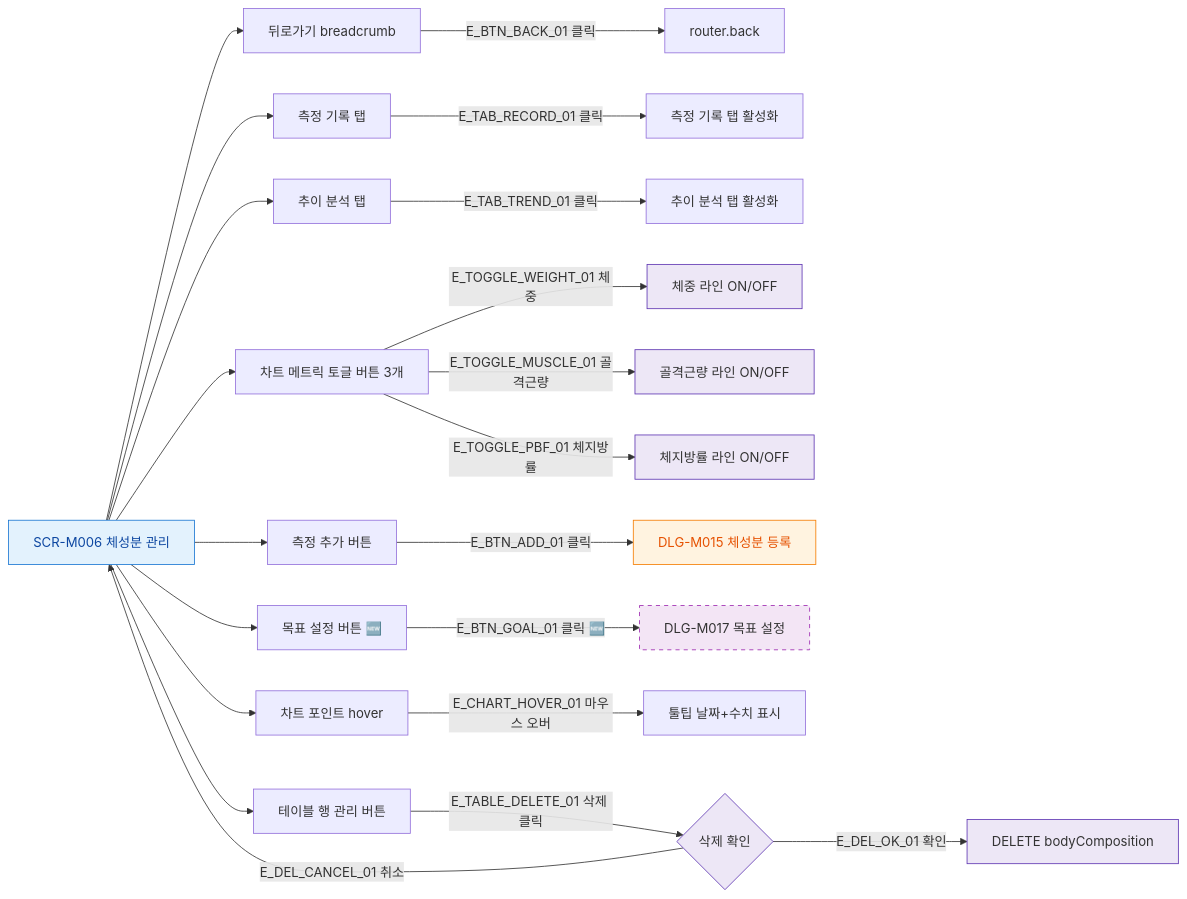
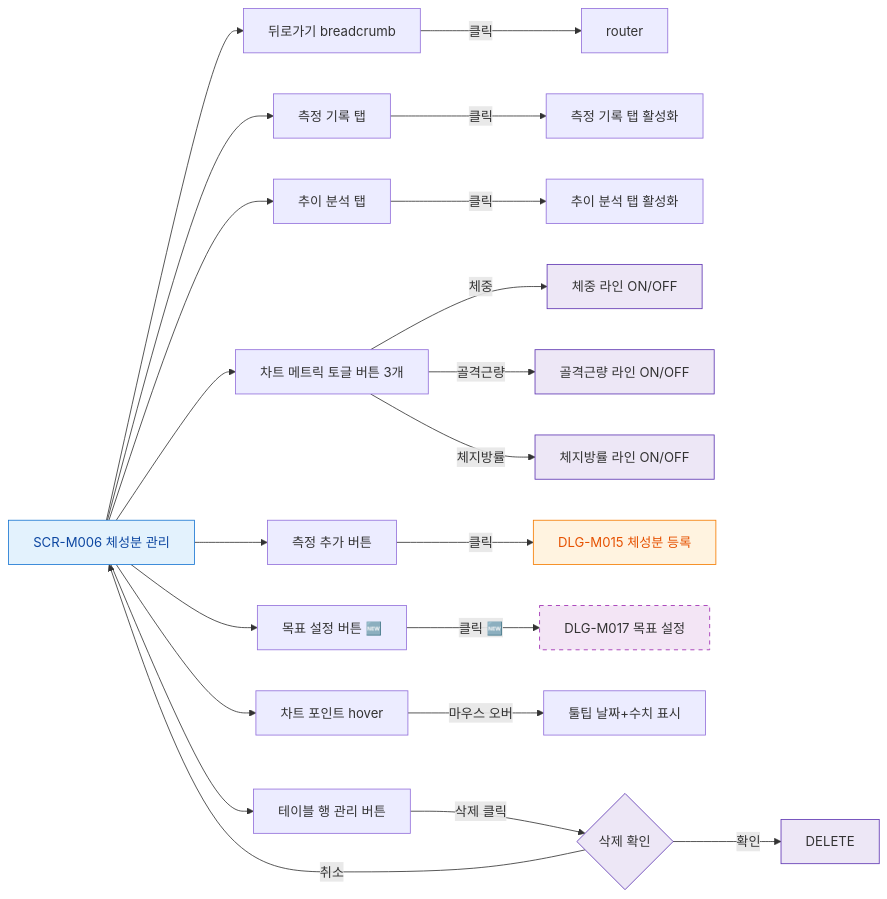
One commit to dev-spogym/admin-pando changed the diagram in docs/다이어그램/D02_회원관리/SCR-M006_체성분관리/F3_버튼액션.md. Above: the diagram before and after it, drawn with Mermaid. The commit also changed other lines of this file and 1660 other files, not shown here.

First line of the commit message:
다이어그램: 기획자/클라이언트 납품본으로 정리

````diff
--- a/docs/다이어그램/D02_회원관리/SCR-M006_체성분관리/F3_버튼액션.md
+++ b/docs/다이어그램/D02_회원관리/SCR-M006_체성분관리/F3_버튼액션.md
@@ -22,42 +20,42 @@
 ```mermaid
 flowchart LR
   SCR_M006[SCR-M006 체성분 관리]
 
   SCR_M006 --> BTN_BACK[뒤로가기 breadcrumb]
   SCR_M006 --> TAB_RECORD[측정 기록 탭]
   SCR_M006 --> TAB_TREND[추이 분석 탭]
   SCR_M006 --> CHART_TOGGLE[차트 메트릭 토글 버튼 3개]
   SCR_M006 --> BTN_ADD[측정 추가 버튼]
   SCR_M006 --> BTN_GOAL[목표 설정 버튼 🆕]
   SCR_M006 --> CHART_HOVER[차트 포인트 hover]
   SCR_M006 --> TABLE_ROW[테이블 행 관리 버튼]
 
-  BTN_BACK -->|E_BTN_BACK_01 클릭| NAV_BACK[router.back]
+  BTN_BACK -->|클릭|NAV_BACK[router]
 
-  TAB_RECORD -->|E_TAB_RECORD_01 클릭| SHOW_RECORD[측정 기록 탭 활성화]
-  TAB_TREND  -->|E_TAB_TREND_01 클릭| SHOW_TREND[추이 분석 탭 활성화]
+  TAB_RECORD -->|클릭|SHOW_RECORD[측정 기록 탭 활성화]
+  TAB_TREND -->|클릭|SHOW_TREND[추이 분석 탭 활성화]
 
-  CHART_TOGGLE -->|E_TOGGLE_WEIGHT_01 체중| TOGGLE_W[체중 라인 ON/OFF]
-  CHART_TOGGLE -->|E_TOGGLE_MUSCLE_01 골격근량| TOGGLE_M[골격근량 라인 ON/OFF]
-  CHART_TOGGLE -->|E_TOGGLE_PBF_01 체지방률| TOGGLE_P[체지방률 라인 ON/OFF]
+  CHART_TOGGLE -->|체중|TOGGLE_W[체중 라인 ON/OFF]
+  CHART_TOGGLE -->|골격근량|TOGGLE_M[골격근량 라인 ON/OFF]
+  CHART_TOGGLE -->|체지방률|TOGGLE_P[체지방률 라인 ON/OFF]
 
-  BTN_ADD -->|E_BTN_ADD_01 클릭| DLG_M015[DLG-M015 체성분 등록]
+  BTN_ADD -->|클릭|DLG_M015[DLG-M015 체성분 등록]
 
-  BTN_GOAL -->|E_BTN_GOAL_01 클릭 🆕| DLG_M017[DLG-M017 목표 설정]
+  BTN_GOAL -->|클릭 🆕|DLG_M017[DLG-M017 목표 설정]
 
-  CHART_HOVER -->|E_CHART_HOVER_01 마우스 오버| TOOLTIP[툴팁 날짜+수치 표시]
+  CHART_HOVER -->|마우스 오버|TOOLTIP[툴팁 날짜+수치 표시]
 
-  TABLE_ROW -->|E_TABLE_DELETE_01 삭제 클릭| CONFIRM_DEL{삭제 확인}
-  CONFIRM_DEL -->|E_DEL_OK_01 확인| API_DELETE[DELETE bodyComposition]
-  CONFIRM_DEL -->|E_DEL_CANCEL_01 취소| SCR_M006
+  TABLE_ROW -->|삭제 클릭|CONFIRM_DEL{삭제 확인}
+  CONFIRM_DEL -->|확인|API_DELETE[DELETE]
+  CONFIRM_DEL -->|취소|SCR_M006
 
-  classDef screen     fill:#E3F2FD,stroke:#1976D2,color:#0D47A1
-  classDef modal      fill:#FFF3E0,stroke:#F57C00,color:#E65100
+  classDef screen fill:#E3F2FD,stroke:#1976D2,color:#0D47A1
+  classDef modal fill:#FFF3E0,stroke:#F57C00,color:#E65100
   classDef newFeature fill:#F3E5F5,stroke:#9C27B0,stroke-dasharray:5 5
-  classDef system     fill:#EDE7F6,stroke:#5E35B2
+  classDef system fill:#EDE7F6,stroke:#5E35B2
 
   class SCR_M006 screen
   class DLG_M015 modal
   class DLG_M017 newFeature
   class CONFIRM_DEL,API_DELETE,TOGGLE_W,TOGGLE_M,TOGGLE_P system
 ```
````
